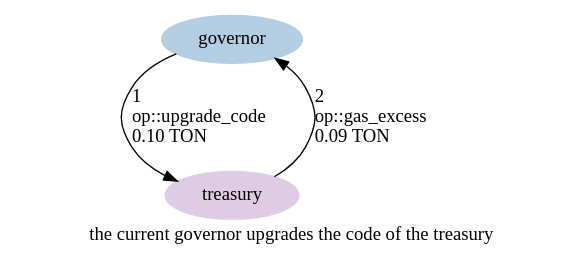
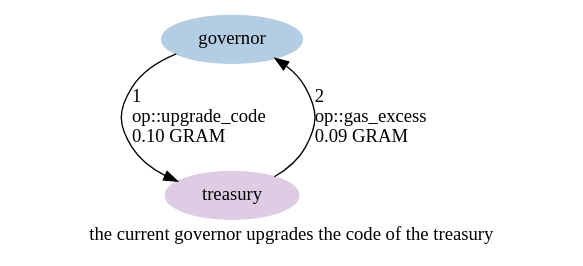
Before and after one commit to HipoFinance/contract: the diagram in graphs/27-upgrade-treasury.dot, drawn with Graphviz. The commit also changed 97 other files, not shown here.

First line of the commit message:
Finish the TON to GRAM and hTON to hGRAM rebrand

```diff
--- a/graphs/27-upgrade-treasury.dot
+++ b/graphs/27-upgrade-treasury.dot
@@ -1,16 +1,16 @@
 digraph {
     label="the current governor upgrades the code of the treasury"
     node [ colorscheme=pastel19 style=filled ]
 
     /* Entities */
     governor [ color=2 ]
     treasury [ color=4 ]
 
     /* Relationships */
-    governor -> treasury [ label="1\l op::upgrade_code\l 0.10 TON\l" ]
-    treasury -> governor [ label="2\l op::gas_excess\l 0.09 TON\l" ]
+    governor -> treasury [ label="1\l op::upgrade_code\l 0.10 GRAM\l" ]
+    treasury -> governor [ label="2\l op::gas_excess\l 0.09 GRAM\l" ]
 
     /* Ranks */
     { rank=min governor }
     { rank=max treasury }
 }
```
